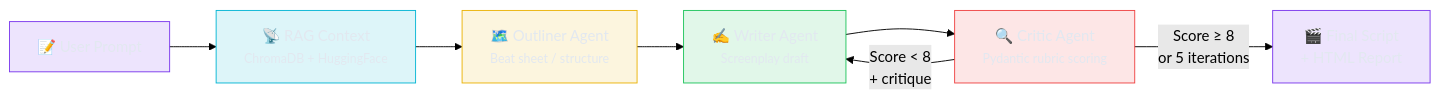
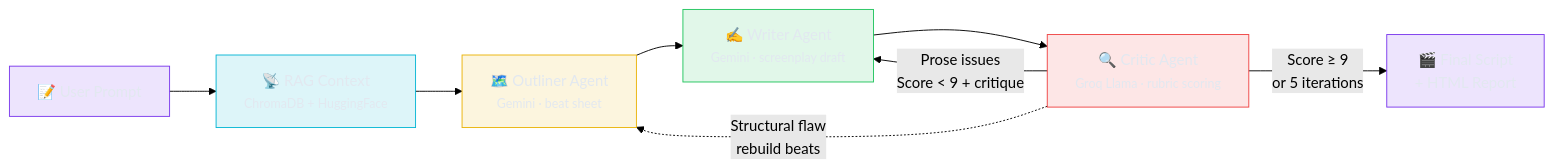
The diagram in README.md (neopentane7/script-doctor), drawn with Mermaid (forest theme) before and after one commit. The commit also changed other lines of this file and 17 other files, not shown here.

First line of the commit message:
feat: heterogeneous Groq critic, regression harness, tracing, CI

````diff
--- a/README.md
+++ b/README.md
@@ -39,16 +41,17 @@
 ```mermaid
 graph LR
     A["📝 User Prompt"] --> B["📡 RAG Context<br/><small>ChromaDB + HuggingFace</small>"]
-    B --> C["🗺️ Outliner Agent<br/><small>Beat sheet / structure</small>"]
-    C --> D["✍️ Writer Agent<br/><small>Screenplay draft</small>"]
-    D --> E["🔍 Critic Agent<br/><small>Pydantic rubric scoring</small>"]
-    E -->|"Score < 8<br/>+ critique"| D
-    E -->|"Score ≥ 8<br/>or 5 iterations"| F["🎬 Final Script<br/>+ HTML Report"]
+    B --> C["🗺️ Outliner Agent<br/><small>Gemini · beat sheet</small>"]
+    C --> D["✍️ Writer Agent<br/><small>Gemini · screenplay draft</small>"]
+    D --> E["🔍 Critic Agent<br/><small>Groq Llama · rubric scoring</small>"]
+    E -->|"Prose issues<br/>Score < 9 + critique"| D
+    E -.->|"Structural flaw<br/>rebuild beats"| C
+    E -->|"Score ≥ 9<br/>or 5 iterations"| F["🎬 Final Script<br/>+ HTML Report"]
 
     style A fill:#7c3aed22,stroke:#7c3aed,color:#e2e8f0
     style B fill:#06b6d422,stroke:#06b6d4,color:#e2e8f0
     style C fill:#eab30822,stroke:#eab308,color:#e2e8f0
     style D fill:#22c55e22,stroke:#22c55e,color:#e2e8f0
     style E fill:#ef444422,stroke:#ef4444,color:#e2e8f0
     style F fill:#7c3aed22,stroke:#7c3aed,color:#e2e8f0
 ```
````
